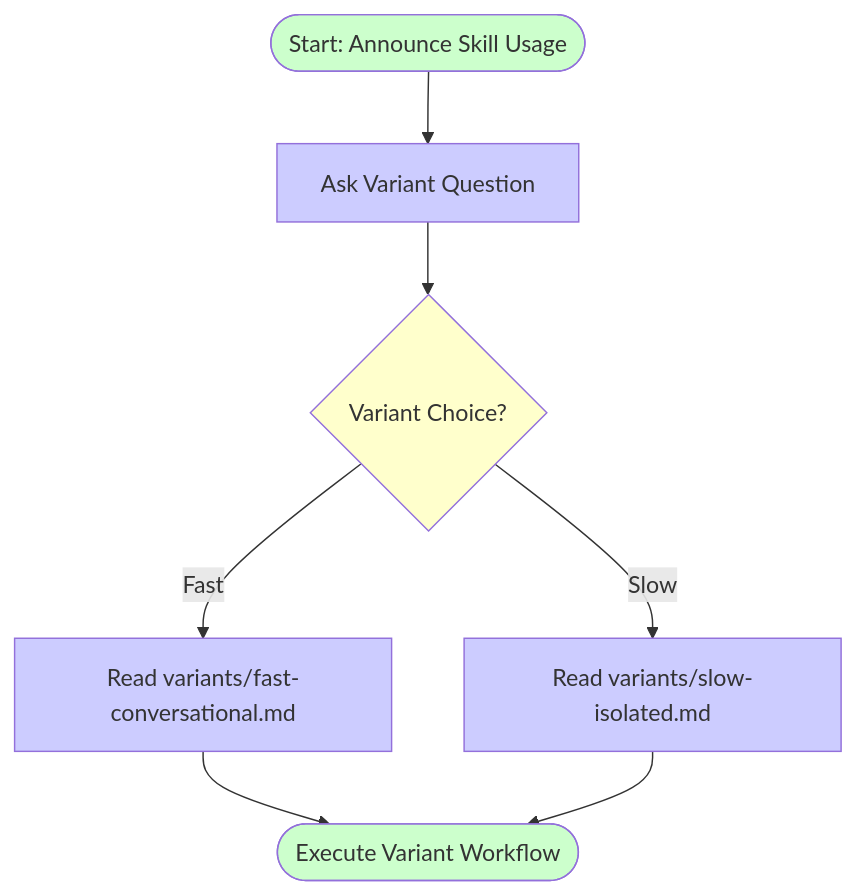
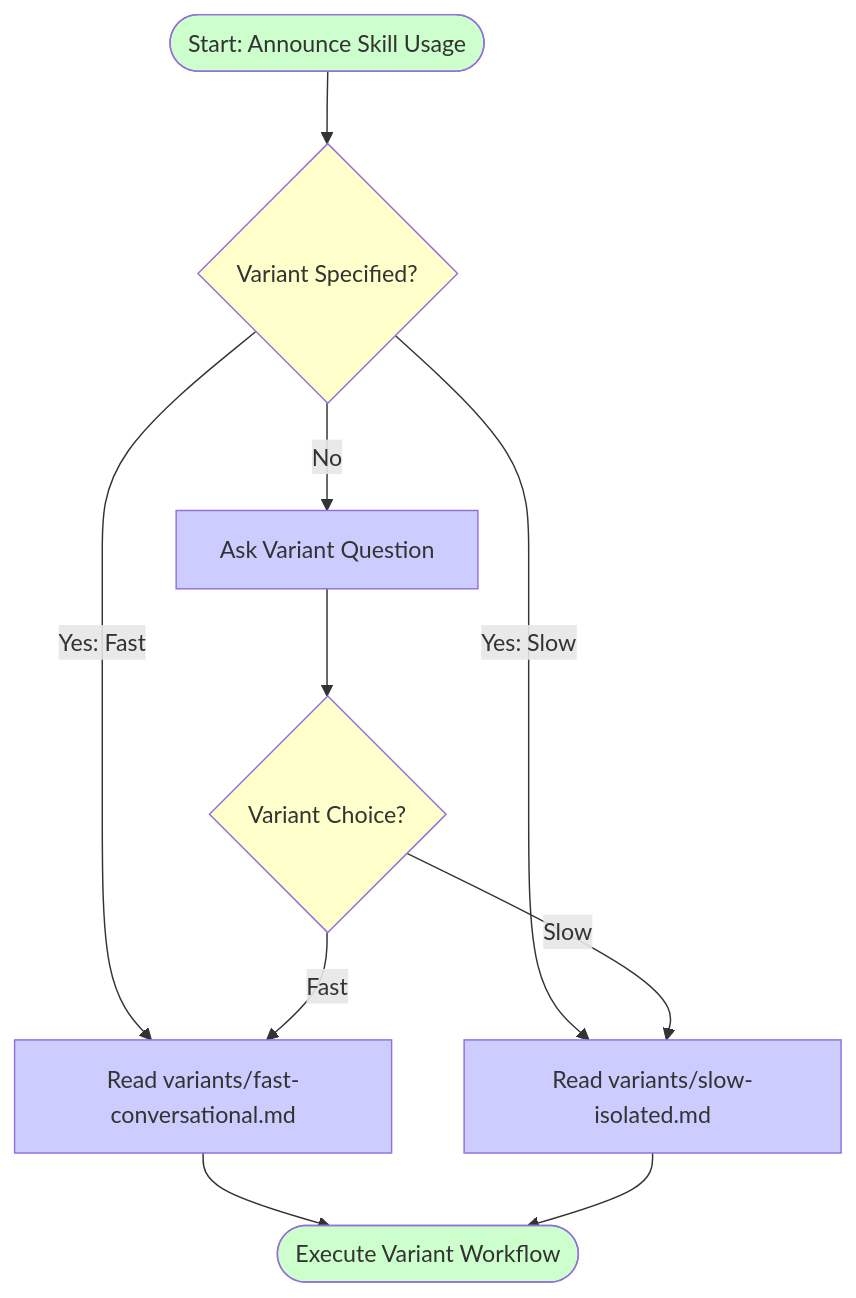
One commit to WesleyMFrederick/cc-workflows changed the diagram in .claude/skills/testing-skills-with-subagents/SKILL.md. Above: the diagram before and after it, drawn with Mermaid. The commit also changed other lines of this file and 3 other files, not shown here.

First line of the commit message:
feat(skills): enable pre-specified test variant and improve workflow integration

````diff
--- a/.claude/skills/testing-skills-with-subagents/SKILL.md
+++ b/.claude/skills/testing-skills-with-subagents/SKILL.md
@@ -22,27 +22,32 @@
 ```mermaid
 graph TD
     a@{ shape: stadium, label: "Start: Announce Skill Usage" }
-    b@{ shape: rect, label: "Ask Variant Question" }
-    c@{ shape: diam, label: "Variant Choice?" }
-    d@{ shape: rect, label: "Read variants/fast-conversational.md" }
-    e@{ shape: rect, label: "Read variants/slow-isolated.md" }
-    f@{ shape: stadium, label: "Execute Variant Workflow" }
+    b@{ shape: diam, label: "Variant Specified?" }
+    c@{ shape: rect, label: "Ask Variant Question" }
+    d@{ shape: diam, label: "Variant Choice?" }
+    e@{ shape: rect, label: "Read variants/fast-conversational.md" }
+    f@{ shape: rect, label: "Read variants/slow-isolated.md" }
+    g@{ shape: stadium, label: "Execute Variant Workflow" }
 
     a --> b
-    b --> c
-    c -->|Fast| d
-    c -->|Slow| e
-    d --> f
-    e --> f
+    b -->|No| c
+    b -->|Yes: Fast| e
+    b -->|Yes: Slow| f
+    c --> d
+    d -->|Fast| e
+    d -->|Slow| f
+    e --> g
+    f --> g
 
     classDef start fill:#ccffcc
     classDef decision fill:#ffffcc
     classDef action fill:#ccccff
 
     a:::start
-    c:::decision
-    b:::action
-    d:::action
+    b:::decision
+    d:::decision
+    c:::action
     e:::action
-    f:::start
+    f:::action
+    g:::start
 ```
````
